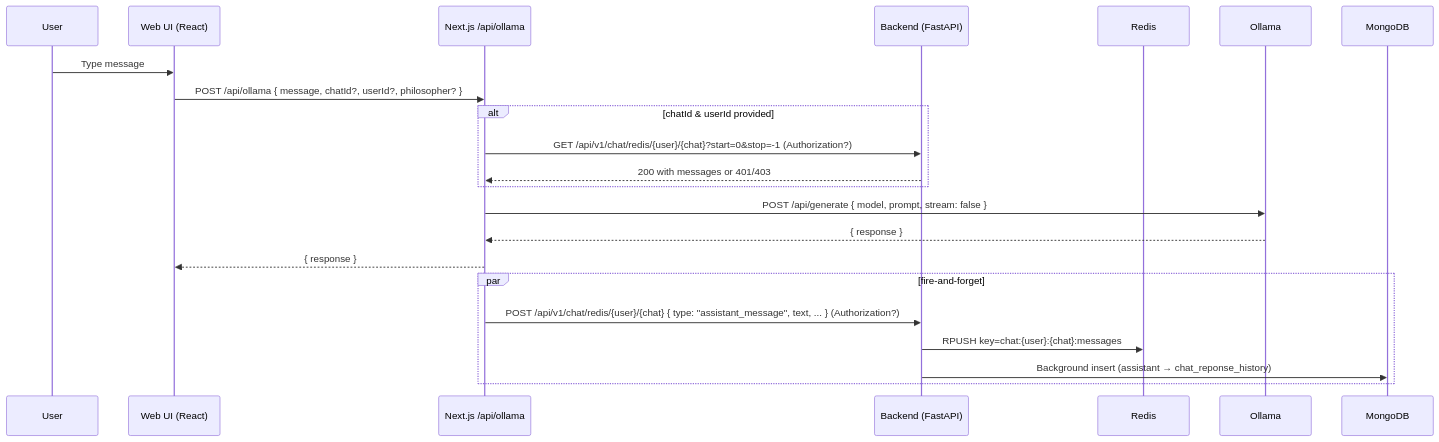
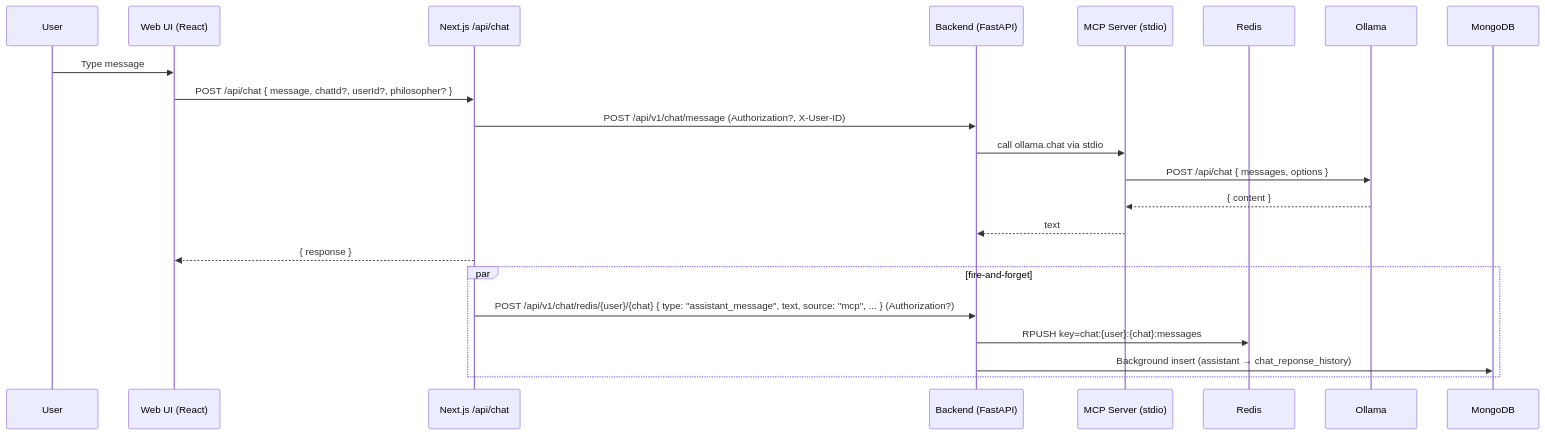
One commit to Analytics206/Daemonium changed the first of 2 diagrams in docs/chat-messaging-flow.md. Above: the diagram before and after it, drawn with Mermaid. The commit also changed other lines of this file and 9 other files, not shown here.

Commit message:
changed chat to default to mcp service

````diff
--- a/docs/chat-messaging-flow.md
+++ b/docs/chat-messaging-flow.md
@@ -177,25 +187,25 @@
 ```mermaid
 sequenceDiagram
     participant U as User
     participant W as Web UI (React)
-    participant N as Next.js /api/ollama
+    participant N as Next.js /api/chat
     participant B as Backend (FastAPI)
+    participant MC as MCP Server (stdio)
     participant R as Redis
     participant O as Ollama
     participant M as MongoDB
 
     U->>W: Type message
-    W->>N: POST /api/ollama { message, chatId?, userId?, philosopher? }
-    alt chatId & userId provided
-        N->>B: GET /api/v1/chat/redis/{user}/{chat}?start=0&stop=-1 (Authorization?)
-        B-->>N: 200 with messages or 401/403
-    end
-    N->>O: POST /api/generate { model, prompt, stream: false }
-    O-->>N: { response }
+    W->>N: POST /api/chat { message, chatId?, userId?, philosopher? }
+    N->>B: POST /api/v1/chat/message (Authorization?, X-User-ID)
+    B->>MC: call ollama.chat via stdio
+    MC->>O: POST /api/chat { messages, options }
+    O-->>MC: { content }
+    MC-->>B: text
     N-->>W: { response }
     par fire-and-forget
-        N->>B: POST /api/v1/chat/redis/{user}/{chat} { type: "assistant_message", text, ... } (Authorization?)
+        N->>B: POST /api/v1/chat/redis/{user}/{chat} { type: "assistant_message", text, source: "mcp", ... } (Authorization?)
         B->>R: RPUSH key=chat:{user}:{chat}:messages
         B->>M: Background insert (assistant → chat_reponse_history)
     end
 ```
````
